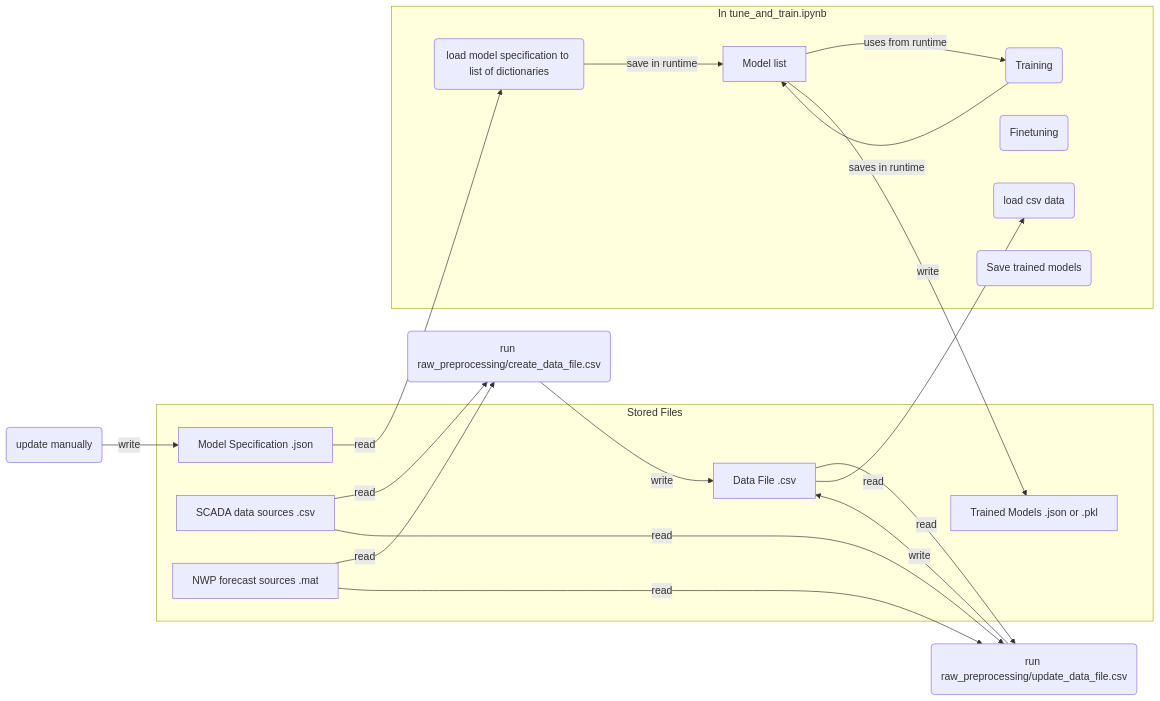
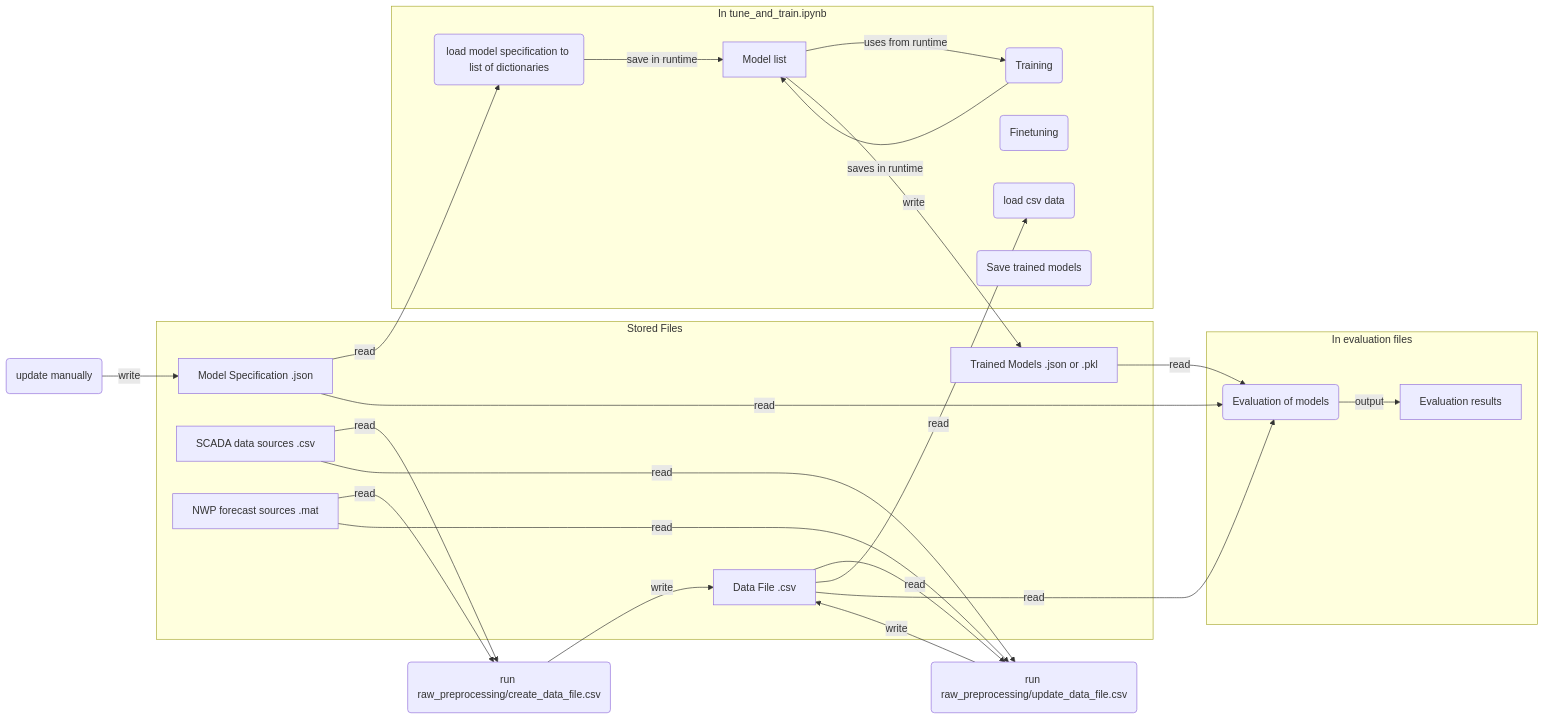
The second of 2 diagrams in code_flow.md (markusrupp/icing_flowshart), drawn with Mermaid before and after one commit.

````diff
--- a/code_flow.md
+++ b/code_flow.md
@@ -17,34 +17,43 @@
 ```mermaid
 flowchart LR
     subgraph Stored Files
         CSV[Data File .csv]
         MS[Model Specification .json]
         MF[Trained Models .json or .pkl]
         SCADA[SCADA data sources .csv]
         NWP[NWP forecast sources .mat]
     end
     subgraph In tune_and_train.ipynb
         LCSV(load csv data)
         LMF(load model specification to list of dictionaries)
         FT(Finetuning)
         TR(Training)
         STR(Save trained models)
         LFR[Model list]
     end
 
+    subgraph In evaluation files
+        EV(Evaluation of models)
+        EVR[Evaluation results]
+    end
+
 
 SCADA -->|read| CCSV
 SCADA -->|read| UCSV
 NWP -->|read| CCSV
 NWP -->|read| UCSV
 CCSV(run raw_preprocessing/create_data_file.csv) -->|write| CSV
 UCSV(run raw_preprocessing/update_data_file.csv) -->|write| CSV
 CSV -->|read| UCSV
 UMS(update manually) -->|write| MS
 CSV -->|read| LCSV
 MS -->|read| LMF
 LMF -->|save in runtime| LFR
 LFR -->|uses from runtime| TR
 TR -->|saves in runtime| LFR
 LFR -->|write| MF
+MS -->|read| EV
+CSV -->|read| EV
+MF --> |read| EV
+EV --> |output| EVR
 ```
````
